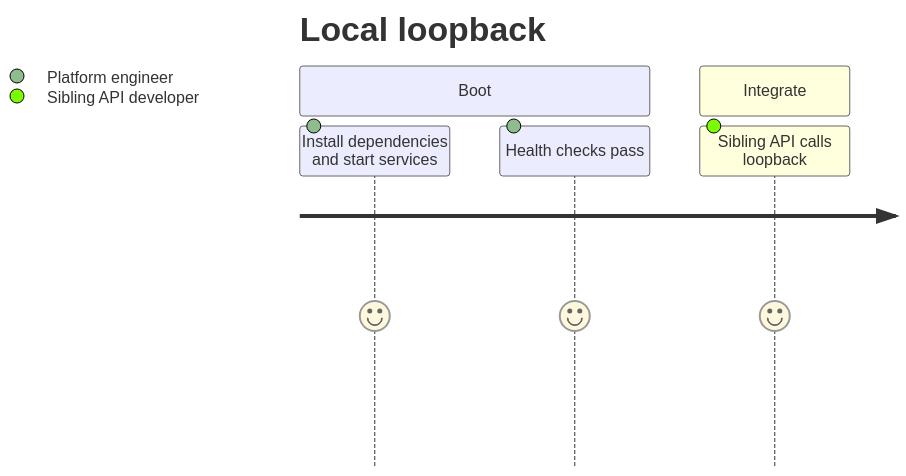
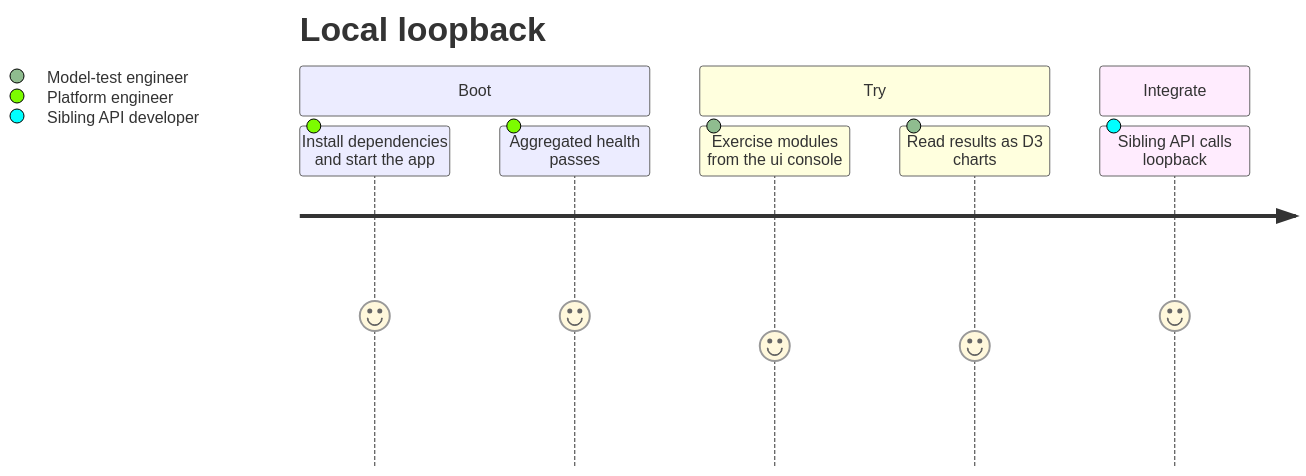
One commit to felixzhu97/explore changed the diagram in explore-ml/docs/product-owner/User-Story-Map.md. Above: the diagram before and after it, drawn with Mermaid. The commit also changed other lines of this file and 8 other files, not shown here.

````diff
--- a/explore-ml/docs/product-owner/User-Story-Map.md
+++ b/explore-ml/docs/product-owner/User-Story-Map.md
@@ -22,9 +22,12 @@
 ```mermaid
 journey
     title Local loopback
     section Boot
-        Install dependencies and start services: 5: Platform engineer
-        Health checks pass: 5: Platform engineer
+        Install dependencies and start the app: 5: Platform engineer
+        Aggregated health passes: 5: Platform engineer
+    section Try
+        Exercise modules from the ui console: 4: Model-test engineer
+        Read results as D3 charts: 4: Model-test engineer
     section Integrate
         Sibling API calls loopback: 5: Sibling API developer
 ```
````
